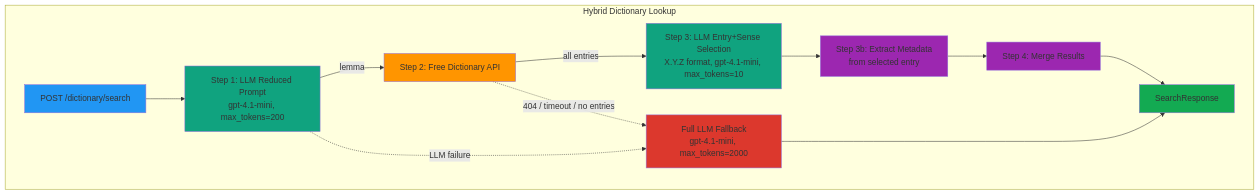
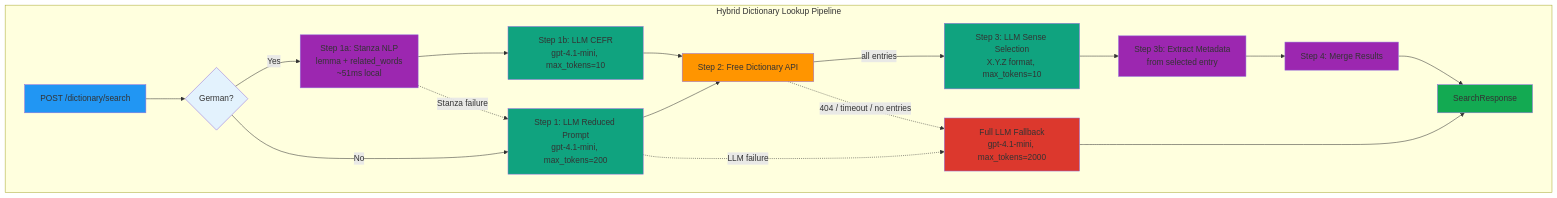
The fifth of 6 diagrams in docs/ARCHITECTURE.md (seung-gu/opad), drawn with Mermaid before and after one commit. The commit also changed other lines of this file and 12 other files, not shown here.

````diff
--- a/docs/ARCHITECTURE.md
+++ b/docs/ARCHITECTURE.md
@@ -1107,26 +1200,36 @@
 ```mermaid
 graph TB
-    subgraph "Hybrid Dictionary Lookup"
-        Request[POST /dictionary/search] --> LLM[Step 1: LLM Reduced Prompt<br/>gpt-4.1-mini, max_tokens=200]
+    subgraph "Hybrid Dictionary Lookup Pipeline"
+        Request[POST /dictionary/search] --> LangCheck{German?}
 
-        LLM --> |lemma| API[Step 2: Free Dictionary API]
-        API --> |all entries| EntrySelect[Step 3: LLM Entry+Sense Selection<br/>X.Y.Z format, gpt-4.1-mini, max_tokens=10]
-        EntrySelect --> Metadata[Step 3b: Extract Metadata<br/>from selected entry]
+        LangCheck -->|Yes| Stanza[Step 1a: Stanza NLP<br/>lemma + related_words<br/>~51ms local]
+        Stanza --> CEFR[Step 1b: LLM CEFR<br/>gpt-4.1-mini, max_tokens=10]
+        CEFR --> DictAPI[Step 2: Free Dictionary API]
+
+        LangCheck -->|No| LLM[Step 1: LLM Reduced Prompt<br/>gpt-4.1-mini, max_tokens=200]
+        LLM --> DictAPI
+
+        DictAPI --> |all entries| SenseSelect[Step 3: LLM Sense Selection<br/>X.Y.Z format, max_tokens=10]
+        SenseSelect --> Metadata[Step 3b: Extract Metadata<br/>from selected entry]
         Metadata --> Merge[Step 4: Merge Results]
 
         Merge --> Response[SearchResponse]
 
+        Stanza -.-> |Stanza failure| LLM
         LLM -.-> |LLM failure| Fallback[Full LLM Fallback<br/>gpt-4.1-mini, max_tokens=2000]
-        API -.-> |404 / timeout / no entries| Fallback
+        DictAPI -.-> |404 / timeout / no entries| Fallback
         Fallback --> Response
     end
 
     style Request fill:#2196F3
+    style LangCheck fill:#e3f2fd
+    style Stanza fill:#9c27b0
+    style CEFR fill:#10a37f
     style LLM fill:#10a37f
-    style API fill:#ff9500
-    style EntrySelect fill:#10a37f
+    style DictAPI fill:#ff9500
+    style SenseSelect fill:#10a37f
     style Metadata fill:#9c27b0
     style Merge fill:#9c27b0
     style Response fill:#13aa52
     style Fallback fill:#dc382d
 ```
````
